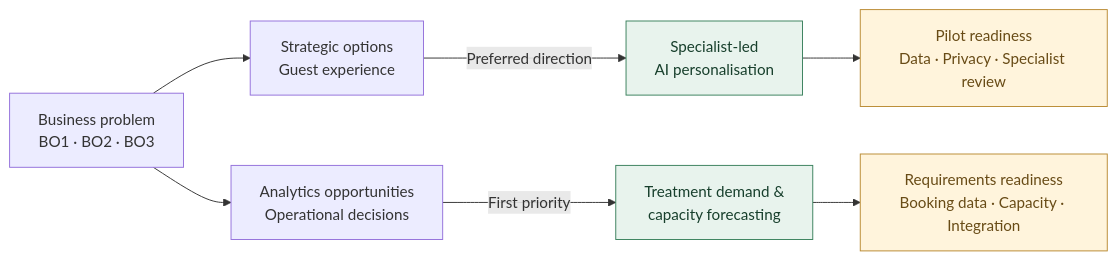
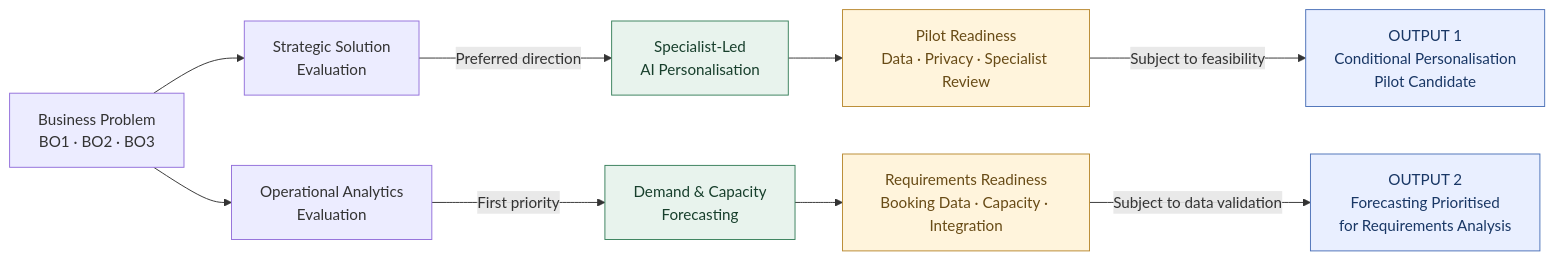
One commit to veenguyen2302-glitch/pinnacle-wellness-business-analysis changed the diagram in 02-strategy-and-solution-evaluation.md. Above: the diagram before and after it, drawn with Mermaid. The commit also changed other lines of this file, not shown here.

````diff
--- a/02-strategy-and-solution-evaluation.md
+++ b/02-strategy-and-solution-evaluation.md
@@ -18,18 +19,36 @@
 ```mermaid
 flowchart LR
-    P["Business problem<br/>BO1 · BO2 · BO3"]
-    S["Strategic options<br/>Guest experience"]
-    O["Analytics opportunities<br/>Operational decisions"]
-    SP["Specialist-led<br/>AI personalisation"]
-    FC["Treatment demand &<br/>capacity forecasting"]
-    SG["Pilot readiness<br/>Data · Privacy · Specialist review"]
-    FG["Requirements readiness<br/>Booking data · Capacity · Integration"]
+    P["Business Problem<br/>BO1 · BO2 · BO3"]
 
-    P --> S -->|Preferred direction| SP --> SG
-    P --> O -->|First priority| FC --> FG
+    S["Strategic Solution<br/>Evaluation"]
+    A["Operational Analytics<br/>Evaluation"]
 
-    classDef chosen fill:#e8f3ed,stroke:#39805c,color:#173f2c
-    classDef checkpoint fill:#fff4dc,stroke:#b98a32,color:#684b16
-    class SP,FC chosen
-    class SG,FG checkpoint
+    SP["Specialist-Led<br/>AI Personalisation"]
+    FC["Demand & Capacity<br/>Forecasting"]
+
+    SG["Pilot Readiness<br/>Data · Privacy · Specialist Review"]
+    FG["Requirements Readiness<br/>Booking Data · Capacity · Integration"]
+
+    SO["OUTPUT 1<br/>Conditional Personalisation<br/>Pilot Candidate"]
+    FO["OUTPUT 2<br/>Forecasting Prioritised<br/>for Requirements Analysis"]
+
+    P --> S
+    P --> A
+
+    S -->|Preferred direction| SP
+    A -->|First priority| FC
+
+    SP --> SG
+    FC --> FG
+
+    SG -->|Subject to feasibility| SO
+    FG -->|Subject to data validation| FO
+
+    classDef selected fill:#e8f3ed,stroke:#39805c,color:#173f2c
+    classDef gate fill:#fff4dc,stroke:#b98a32,color:#684b16
+    classDef output fill:#e9efff,stroke:#4d72b8,color:#193765
+
+    class SP,FC selected
+    class SG,FG gate
+    class SO,FO output
 ```
````
